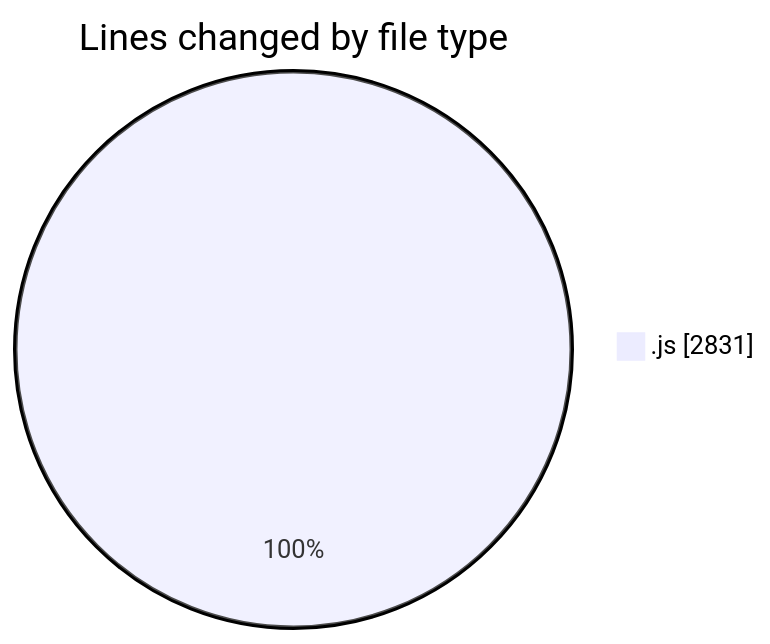
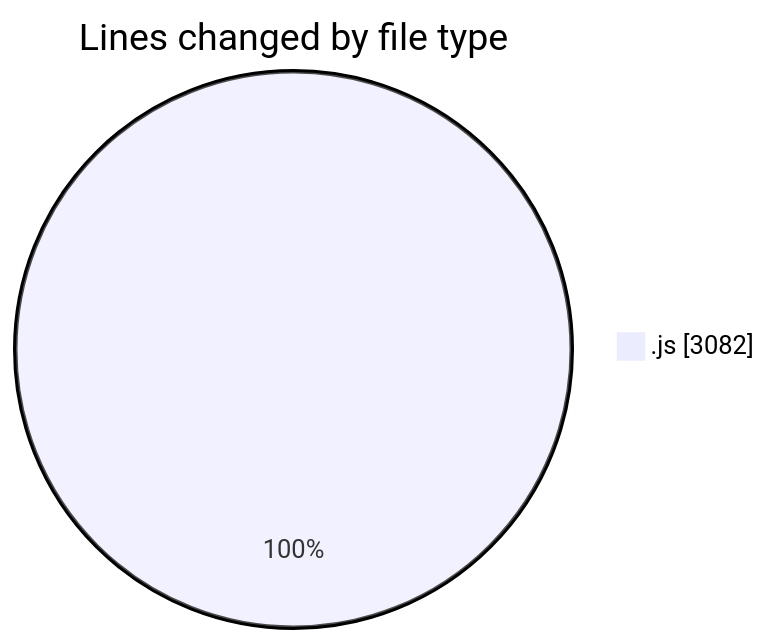
The first of 2 diagrams in 2025-09-02/nxtqube_webapp/README.md (nxtqubesakshisongat/code-tracking), drawn with Mermaid before and after one commit. The commit also changed other lines of this file and 1 other file, not shown here.

````diff
--- a/2025-09-02/nxtqube_webapp/README.md
+++ b/2025-09-02/nxtqube_webapp/README.md
@@ -20,5 +20,5 @@
 ```mermaid
 pie showData
 title Lines changed by file type
-".js" : 2831
+".js" : 3082
 ```
````
